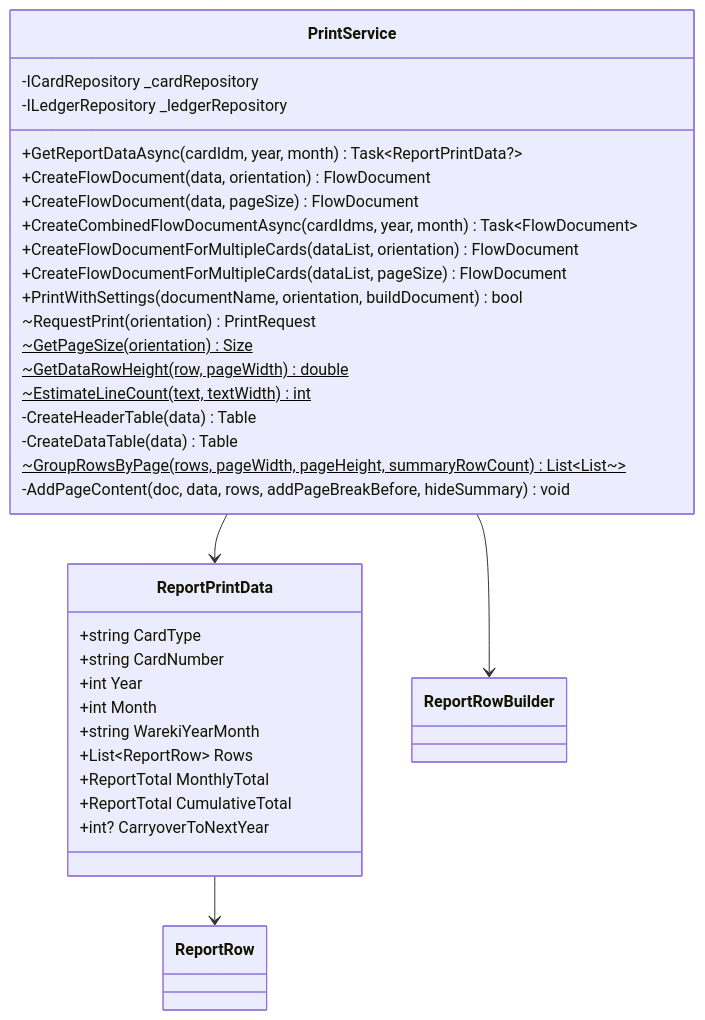
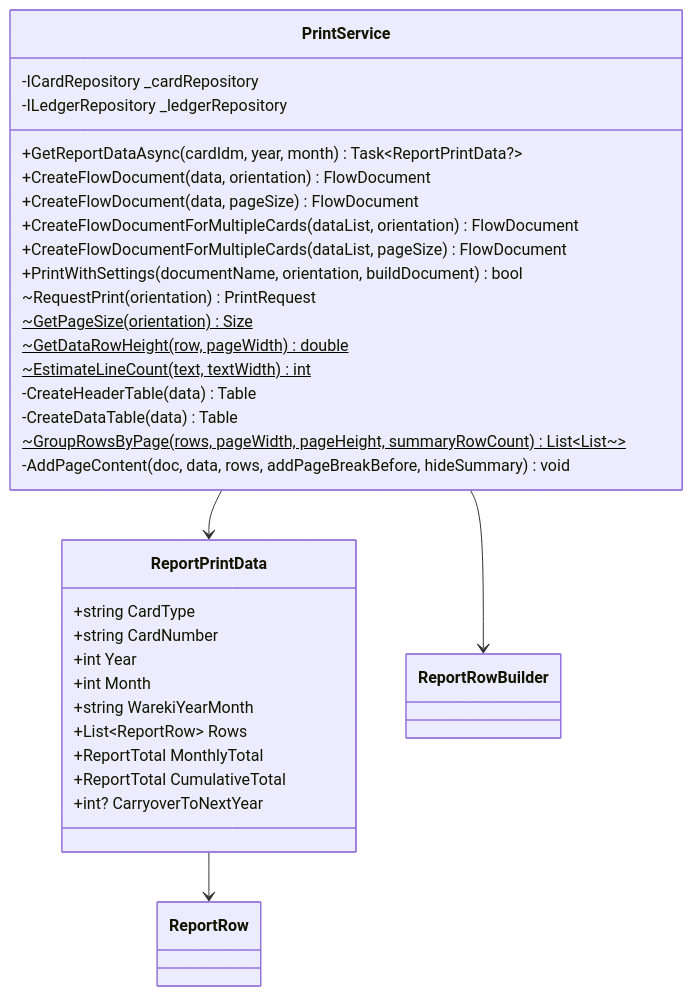
Before and after one commit to kuwayamamasayuki/ICCardManager: diagram 14 of 52 in ICCardManager/docs/design/05_クラス設計書.md, drawn with Mermaid. The commit also changed other lines of this file and 11 other files, not shown here.

````diff
--- a/ICCardManager/docs/design/05_クラス設計書.md
+++ b/ICCardManager/docs/design/05_クラス設計書.md
@@ -1294,38 +1292,37 @@
 ```mermaid
 classDiagram
     class PrintService {
         -ICardRepository _cardRepository
         -ILedgerRepository _ledgerRepository
         +GetReportDataAsync(cardIdm, year, month) Task~ReportPrintData?~
         +CreateFlowDocument(data, orientation) FlowDocument
         +CreateFlowDocument(data, pageSize) FlowDocument
-        +CreateCombinedFlowDocumentAsync(cardIdms, year, month) Task~FlowDocument~
         +CreateFlowDocumentForMultipleCards(dataList, orientation) FlowDocument
         +CreateFlowDocumentForMultipleCards(dataList, pageSize) FlowDocument
         +PrintWithSettings(documentName, orientation, buildDocument) bool
         ~RequestPrint(orientation) PrintRequest
         ~GetPageSize(orientation)$ Size
         ~GetDataRowHeight(row, pageWidth)$ double
         ~EstimateLineCount(text, textWidth)$ int
         -CreateHeaderTable(data) Table
         -CreateDataTable(data) Table
         ~GroupRowsByPage(rows, pageWidth, pageHeight, summaryRowCount)$ List~List~~
         -AddPageContent(doc, data, rows, addPageBreakBefore, hideSummary) void
     }
 
     class ReportPrintData {
         +string CardType
         +string CardNumber
         +int Year
         +int Month
         +string WarekiYearMonth
         +List~ReportRow~ Rows
         +ReportTotal MonthlyTotal
         +ReportTotal CumulativeTotal
         +int? CarryoverToNextYear
     }
 
     PrintService --> ReportPrintData
     PrintService --> ReportRowBuilder
     ReportPrintData --> ReportRow
 ```
````
